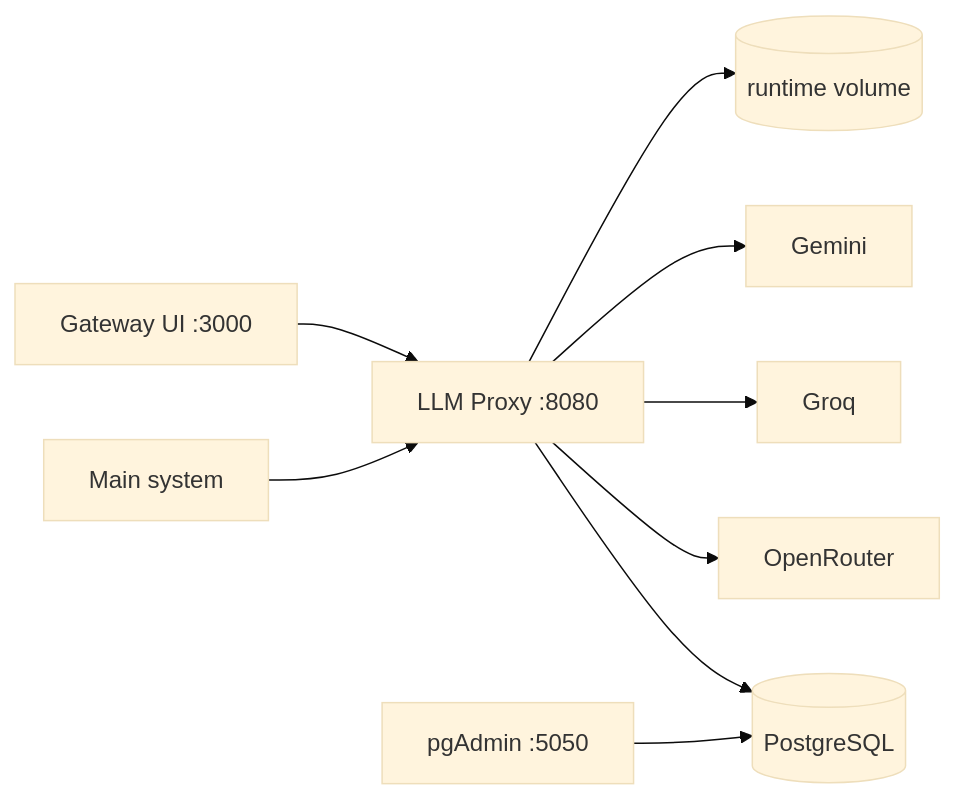
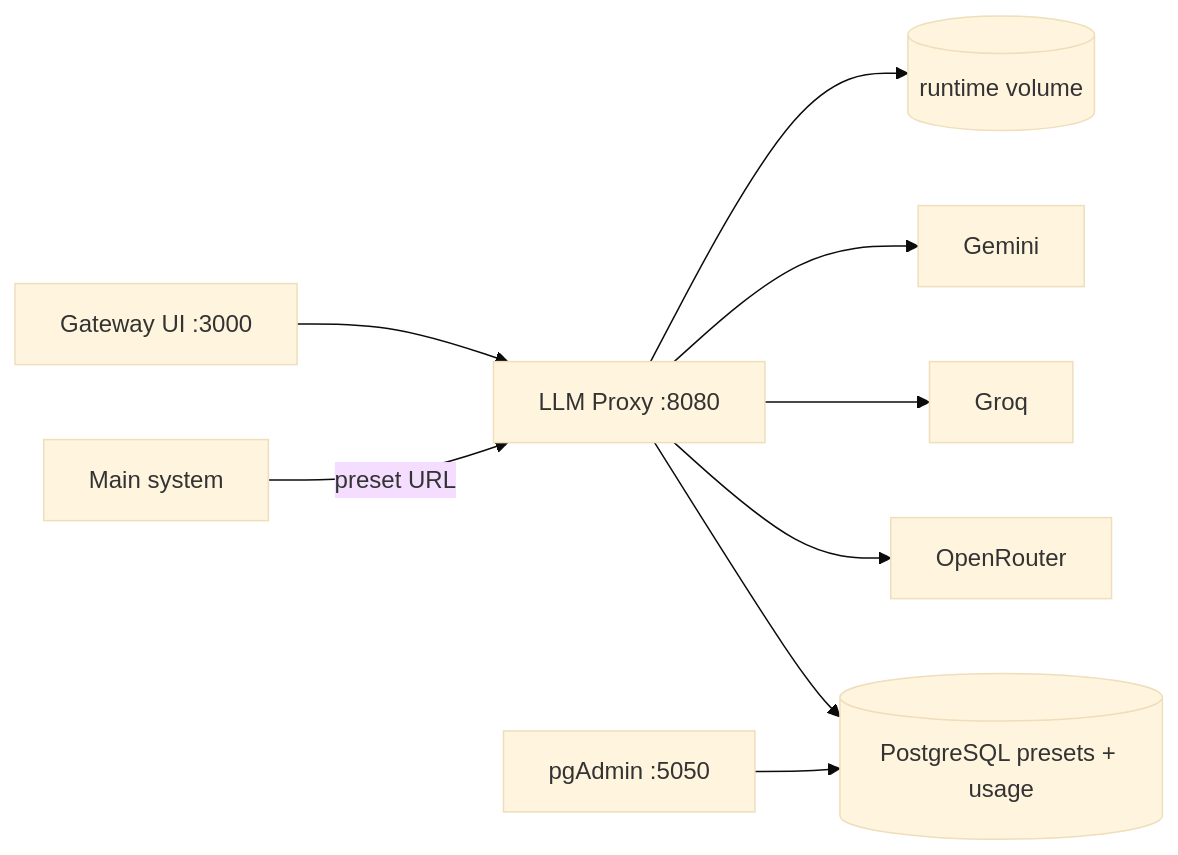
One commit to DaniilPodruchnyMgtuIu6/llm-proxy changed the first of 11 diagrams in docs/architecture.md. Above: the diagram before and after it, drawn with Mermaid (base theme). The commit also changed other lines of this file and 6 other files, not shown here.

Commit message:
Document presets API, OpenAPI, and architecture.

````diff
--- a/docs/architecture.md
+++ b/docs/architecture.md
@@ -20,11 +20,11 @@
 ```mermaid
 flowchart LR
   UI[Gateway UI :3000] --> API[LLM Proxy :8080]
-  Main[Main system] --> API
+  Main[Main system] -->|preset URL| API
   API --> RT[(runtime volume)]
   API --> G[Gemini]
   API --> Q[Groq]
   API --> O[OpenRouter]
-  API --> PG[(PostgreSQL)]
+  API --> PG[(PostgreSQL presets + usage)]
   Admin[pgAdmin :5050] --> PG
 ```
````
